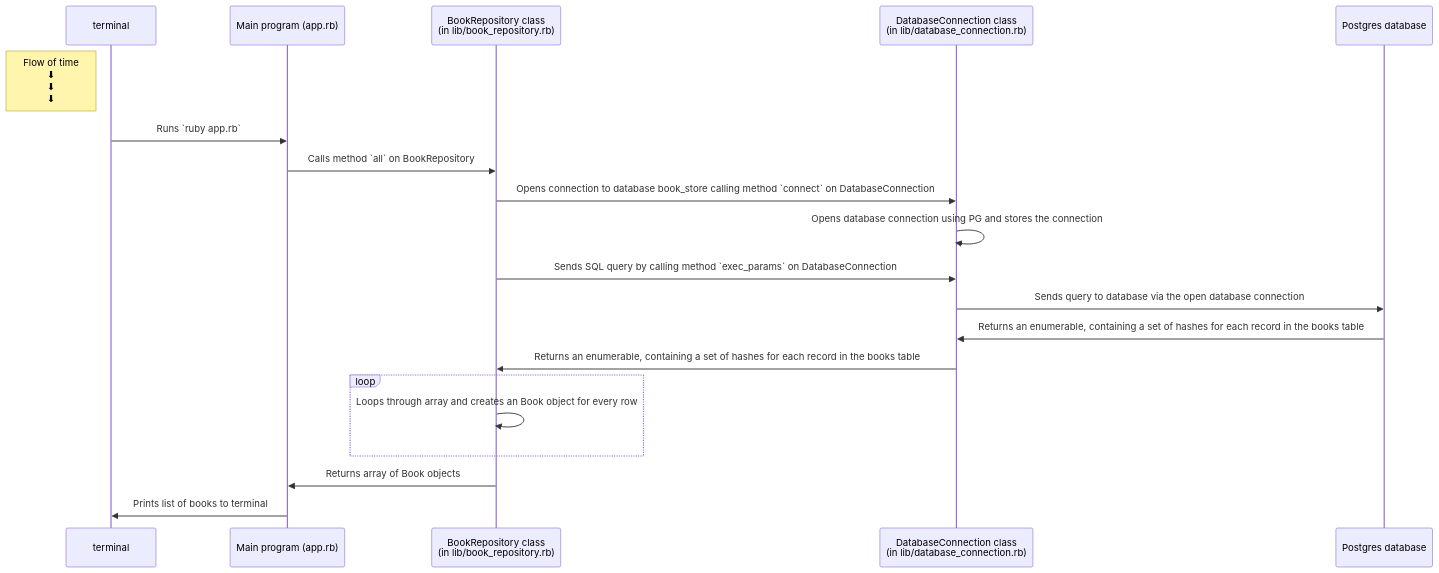
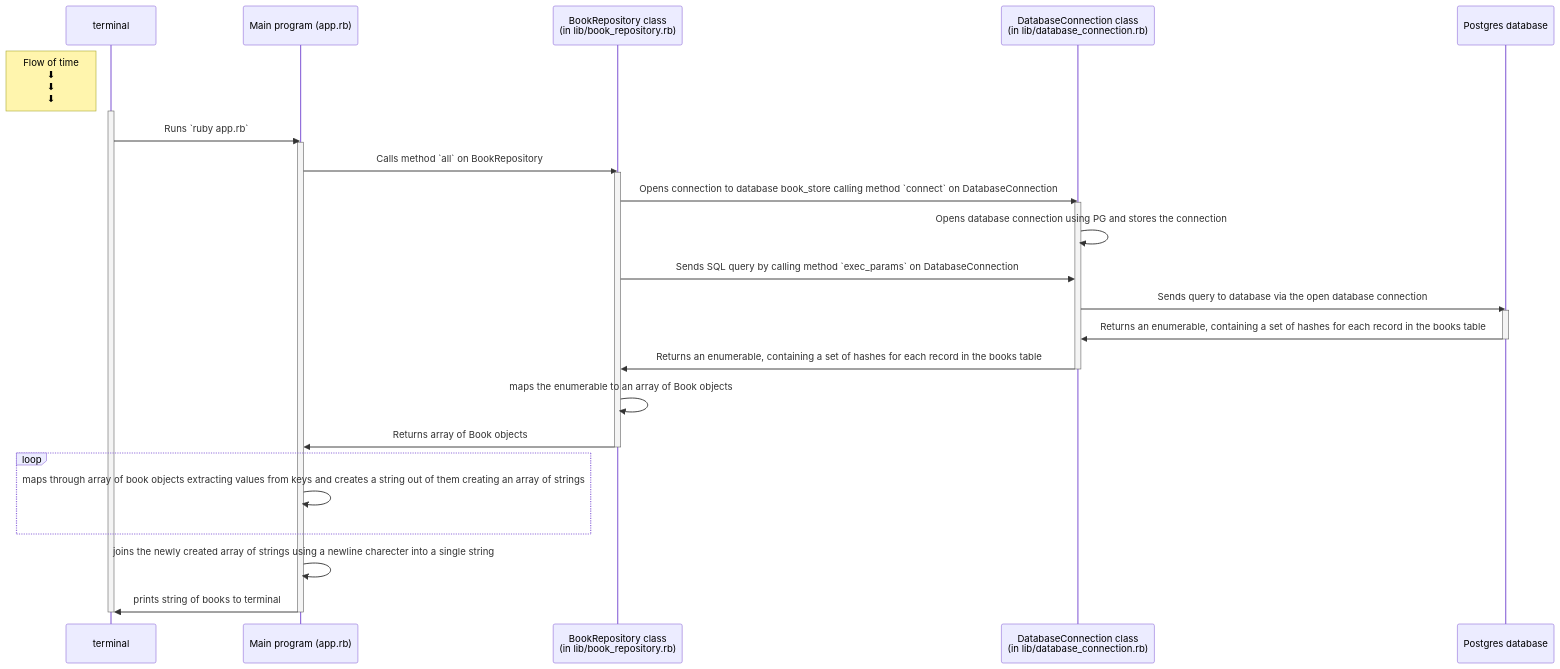
The diagram in spec/sequence_diagram.md (murat-zsertay/murat_book_store), drawn with Mermaid before and after one commit.

Commit message:
Finishing off sequence_diagram.md Trioing

````diff
--- a/spec/sequence_diagram.md
+++ b/spec/sequence_diagram.md
@@ -1,30 +1,41 @@
 ```mermaid 
 %%{init: { 'theme':'dark',"sequence": {
       "mirrorActors": true,
       "wrap": true
       "actorFontSize":16
     } } }%%
 sequenceDiagram
 
 participant t as terminal
     participant app as Main program (app.rb)
     participant br as BookRepository class <br /> (in lib/book_repository.rb)
     participant db_conn as DatabaseConnection class <br /> (in lib/database_connection.rb)
     participant db as Postgres database
 
     Note left of t: Flow of time <br />⬇ <br /> ⬇ <br /> ⬇ 
-
+    activate t
     t->>app: Runs `ruby app.rb`
+       activate app
     app->>br: Calls method `all` on BookRepository
-    br->>db_conn: Opens connection to database book_store calling method `connect` on DatabaseConnection 
+        activate br
+    br->>db_conn: Opens connection to database book_store calling method `connect` on DatabaseConnection
+   activate db_conn
     db_conn->>db_conn: Opens database connection using PG and stores the connection 
     br->>db_conn: Sends SQL query by calling method `exec_params` on DatabaseConnection
     db_conn->>db: Sends query to database via the open database connection
+       activate db
     db->>db_conn: Returns an enumerable, containing a set of hashes for each record in the books table
+     deactivate db
     db_conn->>br: Returns an enumerable, containing a set of hashes for each record in the books table
-    loop 
-        br->>br: Loops through array and creates an Book object for every row
-    end
+        deactivate db_conn
+    br->>br: maps the enumerable to an array of Book objects
     br->>app: Returns array of Book objects
-    app->>t: Prints list of books to terminal
+     deactivate br
+        loop
+     app->>app: maps through array of book objects extracting values from keys and creates a string out of them creating an array of strings
+        end
+     app->>app: joins the newly created array of strings using a newline charecter into a single string
+     app->>t: prints string of books to terminal
+     deactivate app
+     deactivate t
 ```
````
